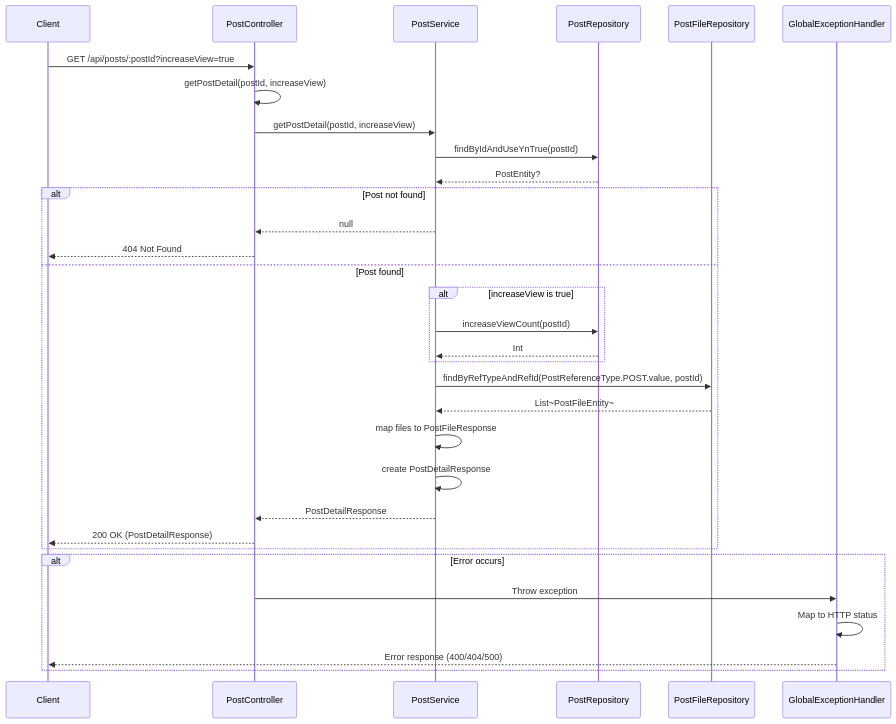
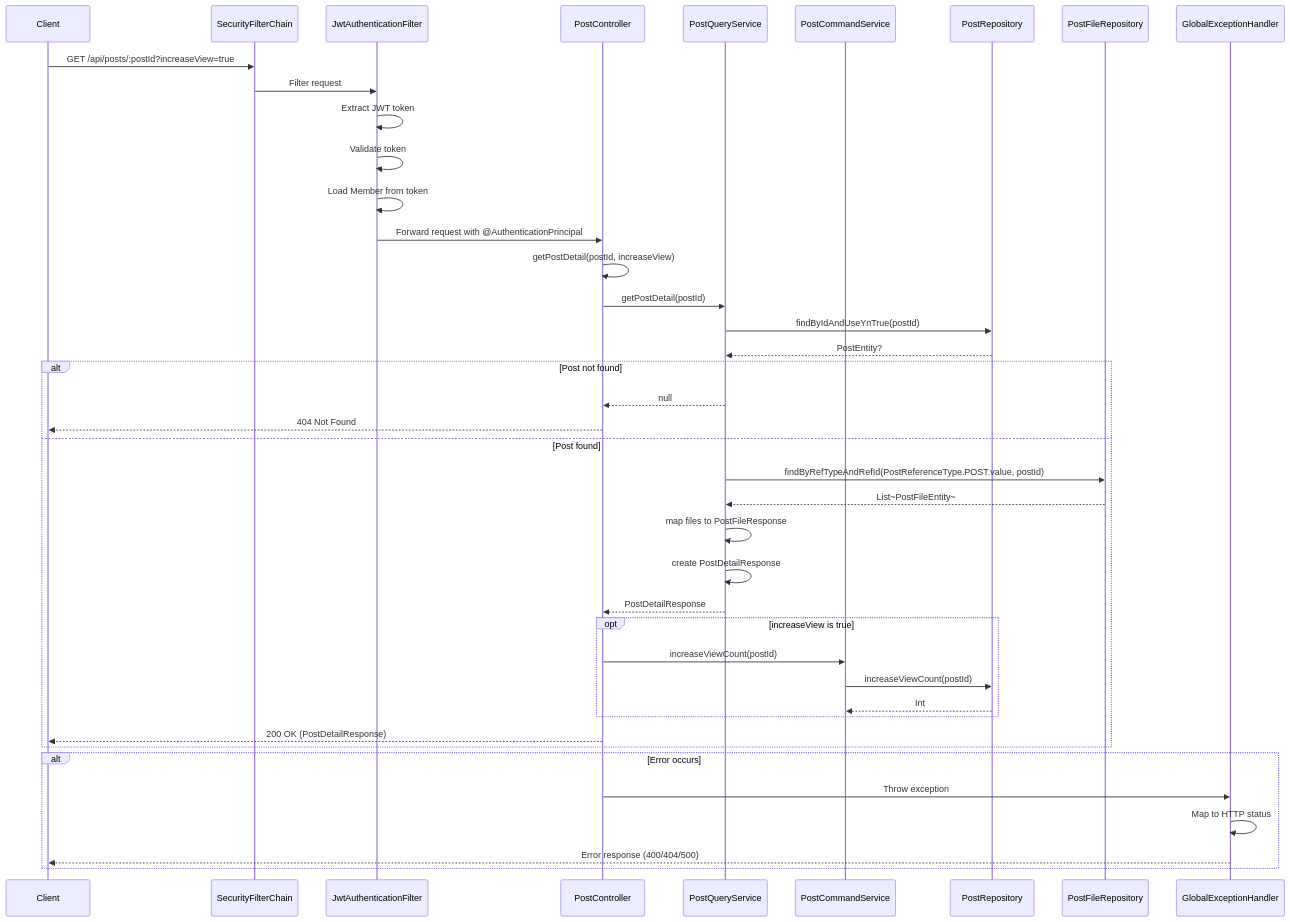
Before and after one commit to RKS-t/JungleBook: the diagram in doc/post/PostController/getPostDetail-sequence.md, drawn with Mermaid. The commit also changed 18 other files, not shown here.

First line of the commit message:
docs: update Mermaid charts for CQRS services

````diff
--- a/doc/post/PostController/getPostDetail-sequence.md
+++ b/doc/post/PostController/getPostDetail-sequence.md
@@ -3,42 +3,51 @@
 ```mermaid
 sequenceDiagram
     participant Client
+    participant SecurityFilterChain
+    participant JwtAuthenticationFilter
     participant PostController
-    participant PostService
+    participant PostQueryService
+    participant PostCommandService
     participant PostRepository
     participant PostFileRepository
     participant GlobalExceptionHandler
     
-    Client->>PostController: GET /api/posts/:postId?increaseView=true
+    Client->>SecurityFilterChain: GET /api/posts/:postId?increaseView=true
+    SecurityFilterChain->>JwtAuthenticationFilter: Filter request
+    JwtAuthenticationFilter->>JwtAuthenticationFilter: Extract JWT token
+    JwtAuthenticationFilter->>JwtAuthenticationFilter: Validate token
+    JwtAuthenticationFilter->>JwtAuthenticationFilter: Load Member from token
+    JwtAuthenticationFilter->>PostController: Forward request with @AuthenticationPrincipal
     
     PostController->>PostController: getPostDetail(postId, increaseView)
-    PostController->>PostService: getPostDetail(postId, increaseView)
+    PostController->>PostQueryService: getPostDetail(postId)
     
-    PostService->>PostRepository: findByIdAndUseYnTrue(postId)
-    PostRepository-->>PostService: PostEntity?
+    PostQueryService->>PostRepository: findByIdAndUseYnTrue(postId)
+    PostRepository-->>PostQueryService: PostEntity?
     
     alt Post not found
-        PostService-->>PostController: null
+        PostQueryService-->>PostController: null
         PostController-->>Client: 404 Not Found
     else Post found
-        alt increaseView is true
-            PostService->>PostRepository: increaseViewCount(postId)
-            PostRepository-->>PostService: Int
+        PostQueryService->>PostFileRepository: findByRefTypeAndRefId(PostReferenceType.POST.value, postId)
+        PostFileRepository-->>PostQueryService: List~PostFileEntity~
+        
+        PostQueryService->>PostQueryService: map files to PostFileResponse
+        PostQueryService->>PostQueryService: create PostDetailResponse
+        PostQueryService-->>PostController: PostDetailResponse
+        
+        opt increaseView is true
+            PostController->>PostCommandService: increaseViewCount(postId)
+            PostCommandService->>PostRepository: increaseViewCount(postId)
+            PostRepository-->>PostCommandService: Int
         end
-        
-        PostService->>PostFileRepository: findByRefTypeAndRefId(PostReferenceType.POST.value, postId)
-        PostFileRepository-->>PostService: List~PostFileEntity~
-        
-        PostService->>PostService: map files to PostFileResponse
-        PostService->>PostService: create PostDetailResponse
-        PostService-->>PostController: PostDetailResponse
         
         PostController-->>Client: 200 OK (PostDetailResponse)
     end
     
     alt Error occurs
         PostController->>GlobalExceptionHandler: Throw exception
         GlobalExceptionHandler->>GlobalExceptionHandler: Map to HTTP status
         GlobalExceptionHandler-->>Client: Error response (400/404/500)
     end
 ```
````
